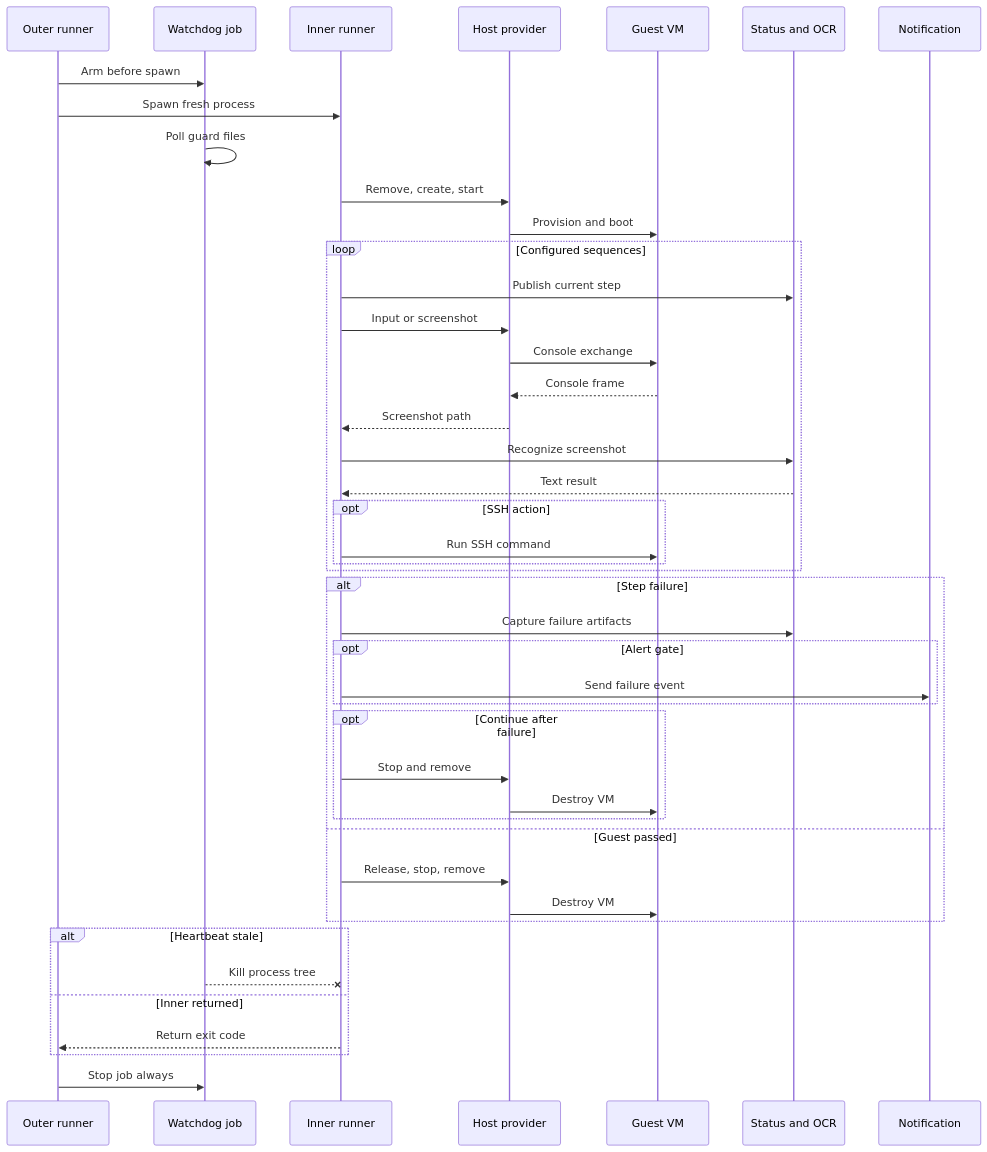
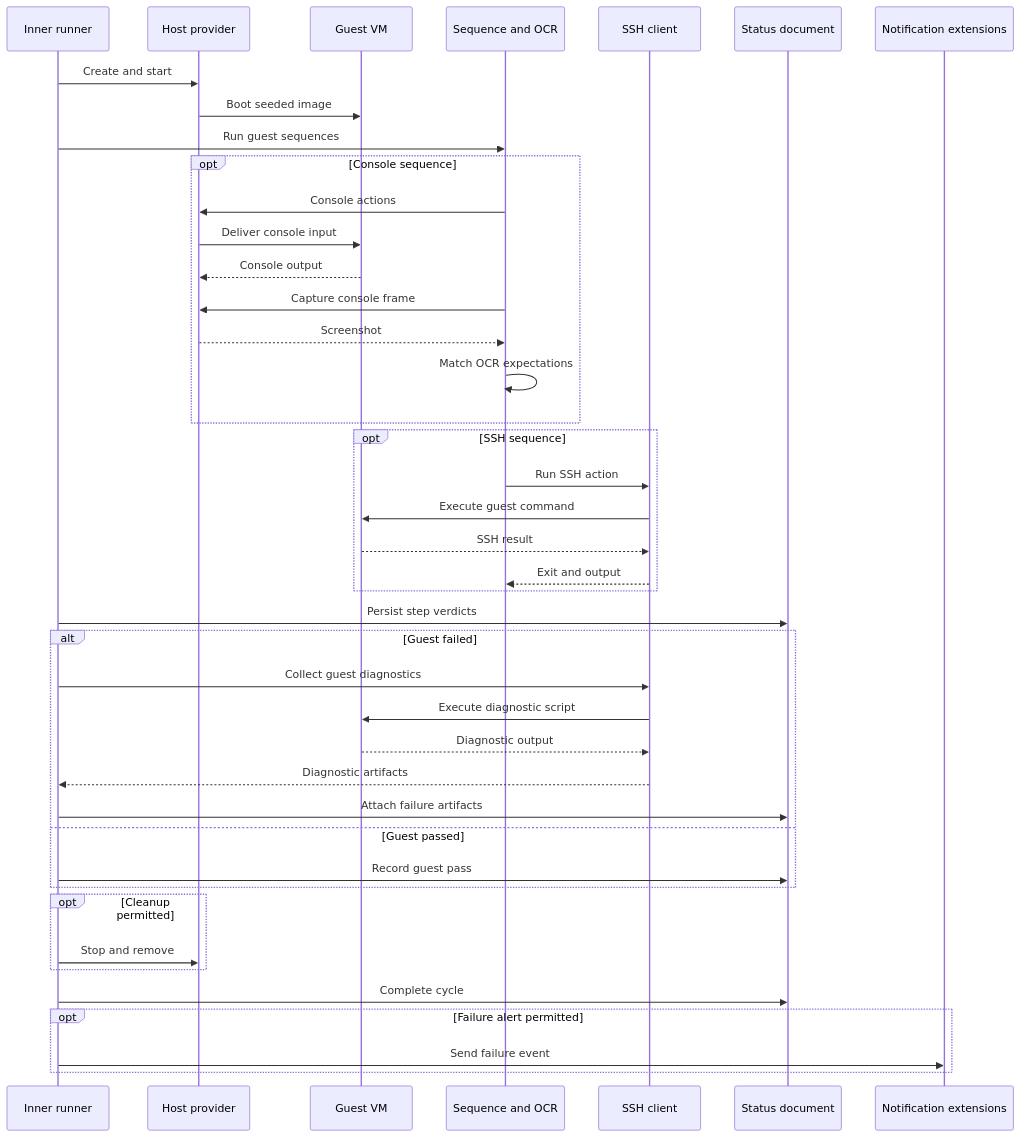
The second of 6 diagrams in docs/design/03-data-flows.md (alissonsol/yuruna), drawn with Mermaid before and after one commit. The commit also changed other lines of this file and 763 other files, not shown here.

````diff
--- a/docs/design/03-data-flows.md
+++ b/docs/design/03-data-flows.md
@@ -63,46 +61,44 @@
 ```mermaid
 sequenceDiagram
-    participant outer-runner as Outer runner
-    participant watchdog as Watchdog job
-    participant inner-runner as Inner runner
-    participant host-provider as Host provider
-    participant guest-vm as Guest VM
-    participant status-ocr as Status and OCR
-    participant notification as Notification
-    outer-runner->>watchdog: Arm before spawn
-    outer-runner->>inner-runner: Spawn fresh process
-    watchdog->>watchdog: Poll guard files
-    inner-runner->>host-provider: Remove, create, start
-    host-provider->>guest-vm: Provision and boot
-    loop Configured sequences
-        inner-runner->>status-ocr: Publish current step
-        inner-runner->>host-provider: Input or screenshot
-        host-provider->>guest-vm: Console exchange
-        guest-vm-->>host-provider: Console frame
-        host-provider-->>inner-runner: Screenshot path
-        inner-runner->>status-ocr: Recognize screenshot
-        status-ocr-->>inner-runner: Text result
-        opt SSH action
-            inner-runner->>guest-vm: Run SSH command
-        end
+    participant runner-inner-loop as Inner runner
+    participant yuruna-host as Host provider
+    participant guest as Guest VM
+    participant sequence-engine as Sequence and OCR
+    participant test-ssh as SSH client
+    participant test-status as Status document
+    participant test-notify as Notification extensions
+    runner-inner-loop->>yuruna-host: Create and start
+    yuruna-host->>guest: Boot seeded image
+    runner-inner-loop->>sequence-engine: Run guest sequences
+    opt Console sequence
+        sequence-engine->>yuruna-host: Console actions
+        yuruna-host->>guest: Deliver console input
+        guest-->>yuruna-host: Console output
+        sequence-engine->>yuruna-host: Capture console frame
+        yuruna-host-->>sequence-engine: Screenshot
+        sequence-engine->>sequence-engine: Match OCR expectations
     end
-    alt Step failure
-        inner-runner->>status-ocr: Capture failure artifacts
-        opt Alert gate
-            inner-runner->>notification: Send failure event
-        end
-        opt Continue after failure
-            inner-runner->>host-provider: Stop and remove
-            host-provider->>guest-vm: Destroy VM
-        end
+    opt SSH sequence
+        sequence-engine->>test-ssh: Run SSH action
+        test-ssh->>guest: Execute guest command
+        guest-->>test-ssh: SSH result
+        test-ssh-->>sequence-engine: Exit and output
+    end
+    runner-inner-loop->>test-status: Persist step verdicts
+    alt Guest failed
+        runner-inner-loop->>test-ssh: Collect guest diagnostics
+        test-ssh->>guest: Execute diagnostic script
+        guest-->>test-ssh: Diagnostic output
+        test-ssh-->>runner-inner-loop: Diagnostic artifacts
+        runner-inner-loop->>test-status: Attach failure artifacts
     else Guest passed
-        inner-runner->>host-provider: Release, stop, remove
-        host-provider->>guest-vm: Destroy VM
+        runner-inner-loop->>test-status: Record guest pass
     end
-    alt Heartbeat stale
-        watchdog--xinner-runner: Kill process tree
-    else Inner returned
-        inner-runner-->>outer-runner: Return exit code
+    opt Cleanup permitted
+        runner-inner-loop->>yuruna-host: Stop and remove
     end
-    outer-runner->>watchdog: Stop job always
+    runner-inner-loop->>test-status: Complete cycle
+    opt Failure alert permitted
+        runner-inner-loop->>test-notify: Send failure event
+    end
 ```
````
